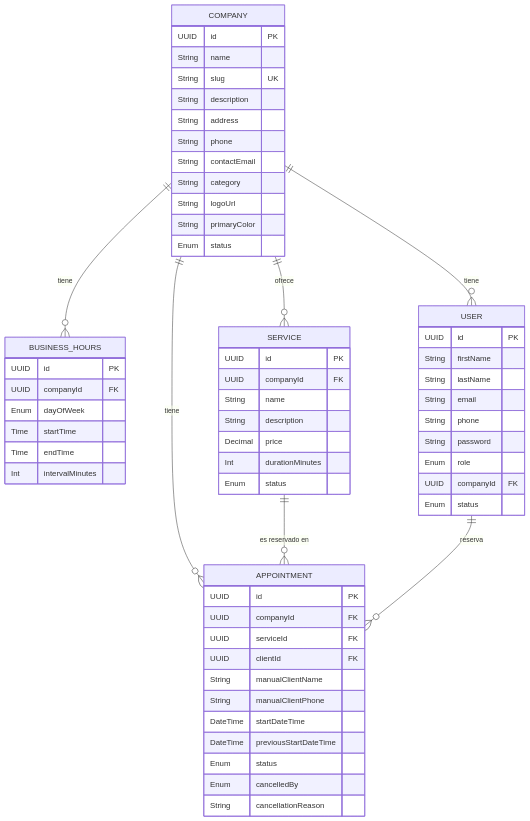
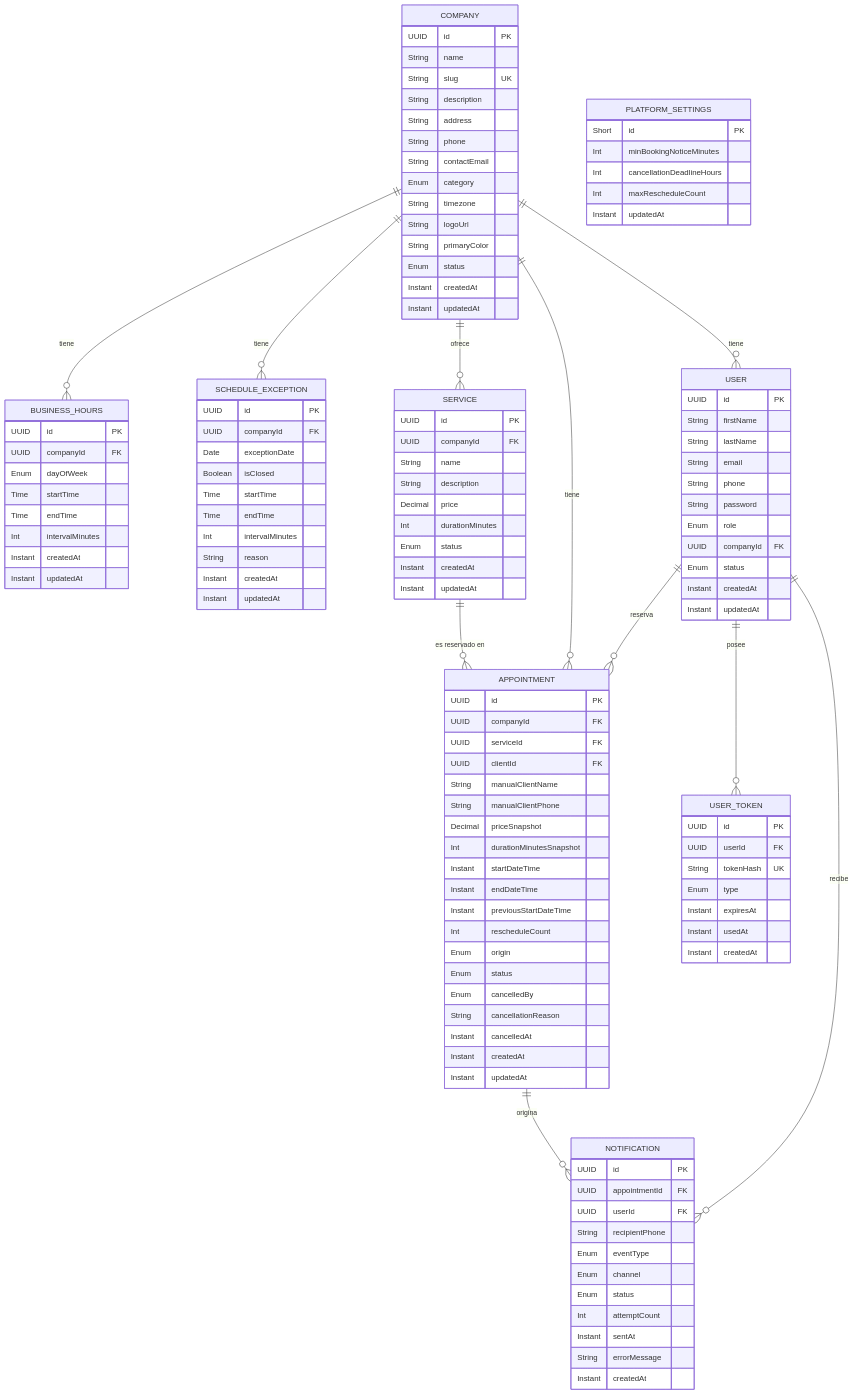
One commit to NicoGuzmanTUP/gestion-de-turnos changed the diagram in docs/tecnologias/diccionario-datos.md. Above: the diagram before and after it, drawn with Mermaid. The commit also changed other lines of this file and 9 other files, not shown here.

````diff
--- a/docs/tecnologias/diccionario-datos.md
+++ b/docs/tecnologias/diccionario-datos.md
@@ -123,11 +283,23 @@
 ```mermaid
 erDiagram
 COMPANY ||--o{ BUSINESS_HOURS : tiene
+COMPANY ||--o{ SCHEDULE_EXCEPTION : tiene
 COMPANY ||--o{ SERVICE : ofrece
 COMPANY ||--o{ APPOINTMENT : tiene
 COMPANY ||--o{ USER : tiene
 SERVICE ||--o{ APPOINTMENT : "es reservado en"
 USER ||--o{ APPOINTMENT : reserva
+USER ||--o{ USER_TOKEN : posee
+USER ||--o{ NOTIFICATION : recibe
+APPOINTMENT ||--o{ NOTIFICATION : origina
+
+    PLATFORM_SETTINGS {
+        Short id PK
+        Int minBookingNoticeMinutes
+        Int cancellationDeadlineHours
+        Int maxRescheduleCount
+        Instant updatedAt
+    }
 
     COMPANY {
         UUID id PK
@@ -137,10 +309,13 @@
         String address
         String phone
         String contactEmail
-        String category
+        Enum category
+        String timezone
         String logoUrl
         String primaryColor
         Enum status
+        Instant createdAt
+        Instant updatedAt
     }
 
     USER {
@@ -153,6 +328,18 @@
         Enum role
         UUID companyId FK
         Enum status
+        Instant createdAt
+        Instant updatedAt
+    }
+
+    USER_TOKEN {
+        UUID id PK
+        UUID userId FK
+        String tokenHash UK
+        Enum type
+        Instant expiresAt
+        Instant usedAt
+        Instant createdAt
     }
 
     SERVICE {
@@ -163,6 +350,8 @@
         Decimal price
         Int durationMinutes
         Enum status
+        Instant createdAt
+        Instant updatedAt
     }
 
     BUSINESS_HOURS {
@@ -172,6 +361,21 @@
         Time startTime
         Time endTime
         Int intervalMinutes
+        Instant createdAt
+        Instant updatedAt
+    }
+
+    SCHEDULE_EXCEPTION {
+        UUID id PK
+        UUID companyId FK
+        Date exceptionDate
+        Boolean isClosed
+        Time startTime
+        Time endTime
+        Int intervalMinutes
+        String reason
+        Instant createdAt
+        Instant updatedAt
     }
 
     APPOINTMENT {
@@ -181,10 +385,32 @@
         UUID clientId FK
         String manualClientName
         String manualClientPhone
-        DateTime startDateTime
-        DateTime previousStartDateTime
+        Decimal priceSnapshot
+        Int durationMinutesSnapshot
+        Instant startDateTime
+        Instant endDateTime
+        Instant previousStartDateTime
+        Int rescheduleCount
+        Enum origin
         Enum status
         Enum cancelledBy
         String cancellationReason
+        Instant cancelledAt
+        Instant createdAt
+        Instant updatedAt
+    }
+
+    NOTIFICATION {
+        UUID id PK
+        UUID appointmentId FK
+        UUID userId FK
+        String recipientPhone
+        Enum eventType
+        Enum channel
+        Enum status
+        Int attemptCount
+        Instant sentAt
+        String errorMessage
+        Instant createdAt
     }
 ```
````
